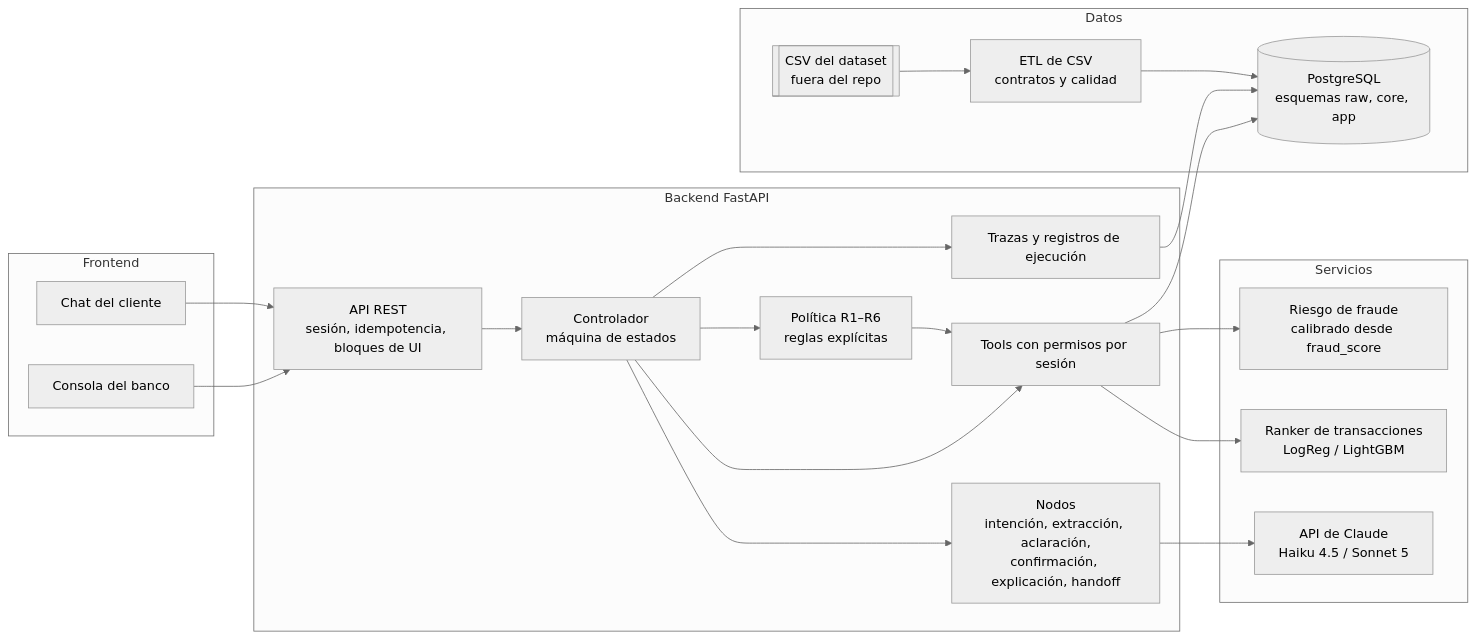
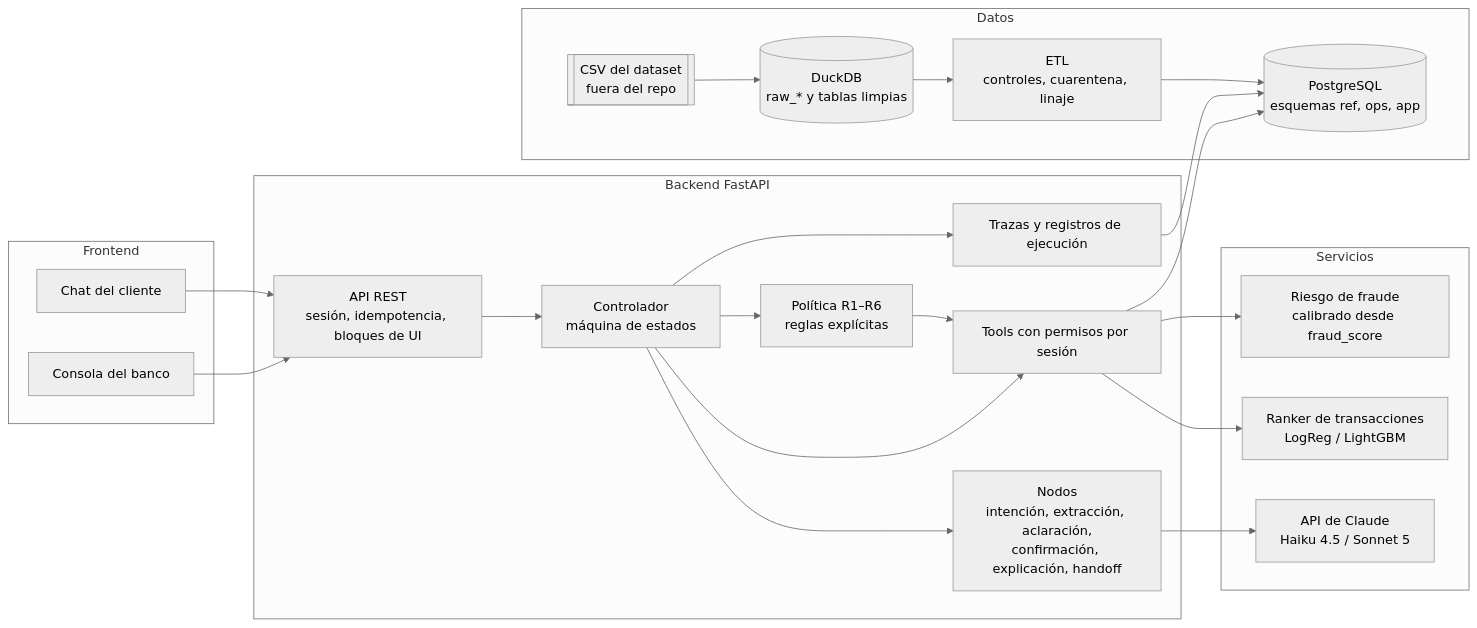
The diagram in docs/architecture.md (HenryGlo/factored-hackathon-2026-gomez-team), drawn with Mermaid (neutral theme) before and after one commit. The commit also changed other lines of this file and 60 other files, not shown here.

First line of the commit message:
Pipeline CSV → DuckDB → PostgreSQL con contratos, linaje, roles y carga incremental

````diff
--- a/docs/architecture.md
+++ b/docs/architecture.md
@@ -22,43 +22,44 @@
 ```mermaid
 flowchart LR
     subgraph FE[Frontend]
         CHAT[Chat del cliente]
         CONSOLE[Consola del banco]
     end
 
     subgraph BE[Backend FastAPI]
         API[API REST<br/>sesión, idempotencia, bloques de UI]
         CTRL[Controlador<br/>máquina de estados]
         NODES[Nodos<br/>intención, extracción, aclaración,<br/>confirmación, explicación, handoff]
         TOOLS[Tools con permisos por sesión]
         POL[Política R1–R6<br/>reglas explícitas]
         TRACE[Trazas y registros de ejecución]
     end
 
     subgraph SVC[Servicios]
         LLM[API de Claude<br/>Haiku 4.5 / Sonnet 5]
         RANK[Ranker de transacciones<br/>LogReg / LightGBM]
         RISK[Riesgo de fraude<br/>calibrado desde fraud_score]
     end
 
     subgraph DATA[Datos]
-        PG[(PostgreSQL<br/>esquemas raw, core, app)]
-        ETL[ETL de CSV<br/>contratos y calidad]
+        PG[(PostgreSQL<br/>esquemas ref, ops, app)]
+        DDB[(DuckDB<br/>raw_* y tablas limpias)]
+        ETL[ETL<br/>controles, cuarentena, linaje]
         CSV[[CSV del dataset<br/>fuera del repo]]
     end
 
     CHAT --> API
     CONSOLE --> API
     API --> CTRL
     CTRL --> NODES
     NODES --> LLM
     CTRL --> TOOLS
     CTRL --> POL
     TOOLS --> RANK
     TOOLS --> RISK
     TOOLS --> PG
     POL --> TOOLS
     CTRL --> TRACE
     TRACE --> PG
-    CSV --> ETL --> PG
+    CSV --> DDB --> ETL --> PG
 ```
````
